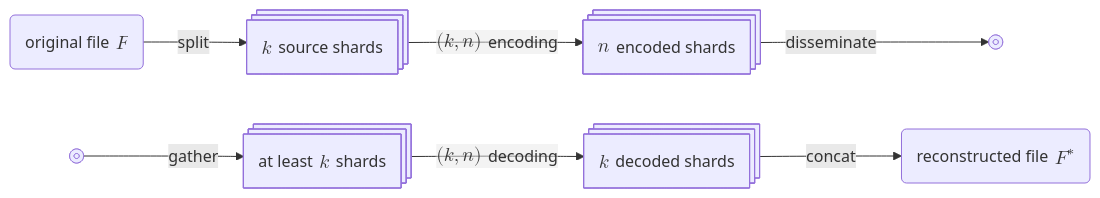
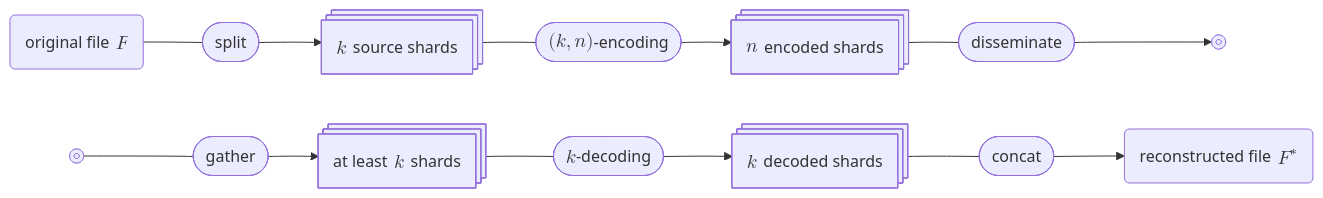
Before and after one commit to dragoon-rs/komodo: the diagram in src/fec.mmd, drawn with Mermaid. The commit also changed 25 other files, not shown here.

```diff
--- a/src/fec.mmd
+++ b/src/fec.mmd
@@ -1,15 +1,21 @@
 flowchart LR
-    file@{ shape: rounded, label: "original file $$\\ F$$" }
-    source@{ shape: processes, label: "$$k\\ $$ source shards" }
-    encoded@{ shape: processes, label: "$$n\\ $$ encoded shards" }
+    %% states
+    file@{          shape: rounded  , label: "original file $$\\ F$$"        }
+    source@{        shape: processes, label: "$$k\\ $$ source shards"        }
+    encoded@{       shape: processes, label: "$$n\\ $$ encoded shards"       }
 
-    gathered@{ shape: processes, label: "at least $$\\ k\\ $$ shards" }
-    decoded@{ shape: processes, label: "$$k\\ $$ decoded shards" }
-    reconstructed@{ shape: rounded, label: "reconstructed file $$\\ F^*$$" }
+    gathered@{      shape: processes, label: "at least $$\\ k\\ $$ shards"   }
+    decoded@{       shape: processes, label: "$$k\\ $$ decoded shards"       }
+    reconstructed@{ shape: rounded  , label: "reconstructed file $$\\ F^*$$" }
+
+    %% steps
+    encoding(["$$(k, n)$$-encoding"])
+    decoding(["$$k$$-decoding"])
 
     life_1@{ shape: framed-circle, label: "life" }
     life_2@{ shape: framed-circle, label: "life" }
 
-    file --split--> source --"$$(k, n)\\ $$ encoding"--> encoded --disseminate--> life_1
+    %% main
+    file --- split(["split"]) --> source --- encoding --> encoded --- disseminate(["disseminate"]) --> life_1
 
-    life_2 --gather--> gathered --"$$(k, n)\\ $$ decoding"--> decoded --concat--> reconstructed
+    life_2 --- gather(["gather"]) --> gathered --- decoding --> decoded --- concat(["concat"]) --> reconstructed
```
